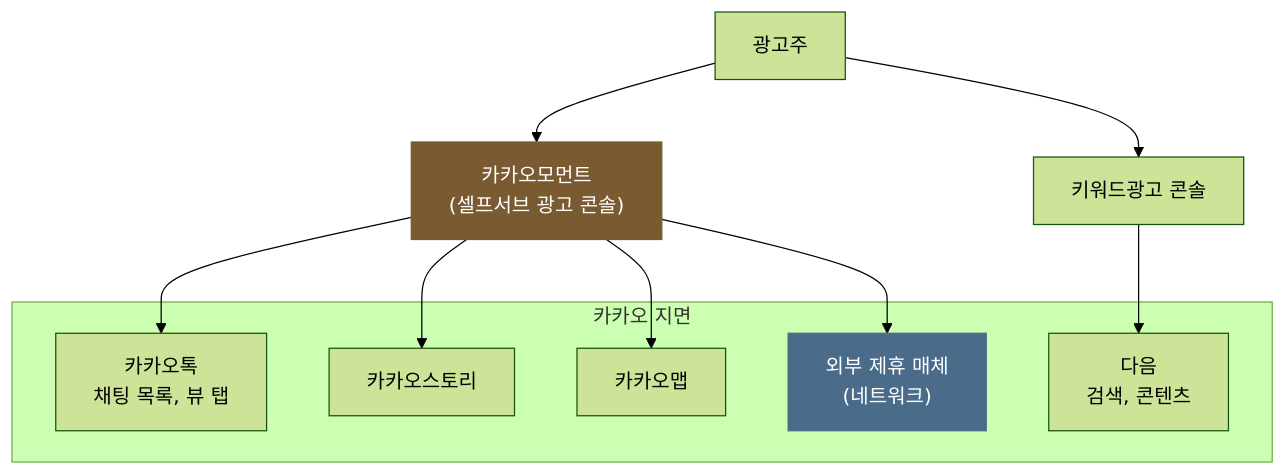
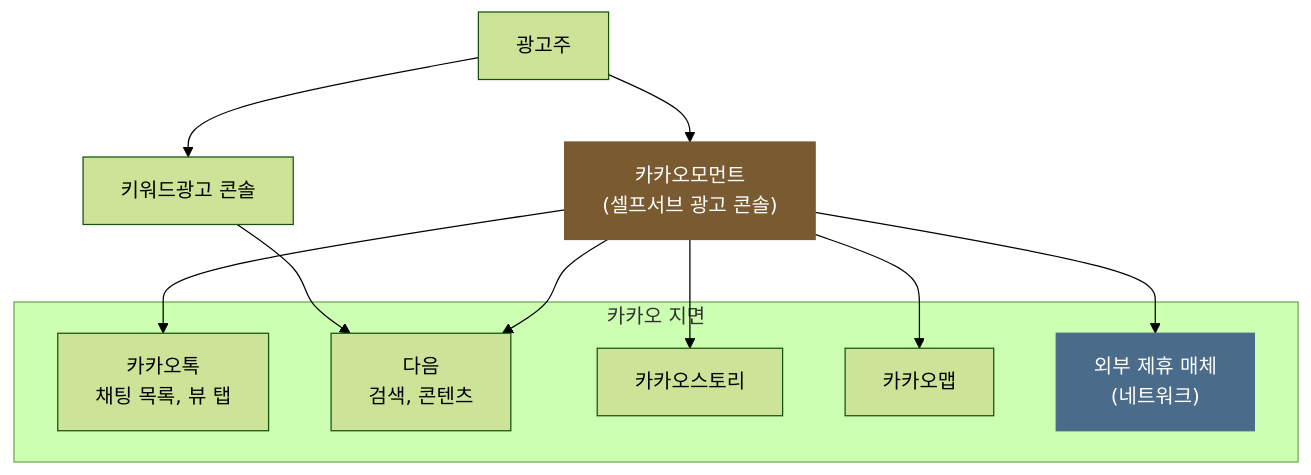
The first of 2 diagrams in posts-easy/kakao-ads-products.md (chkimsu/adtech-blog), drawn with Mermaid (forest theme) before and after one commit. The commit also changed other lines of this file and 2 other files, not shown here.

````diff
--- a/posts-easy/kakao-ads-products.md
+++ b/posts-easy/kakao-ads-products.md
@@ -27,22 +27,23 @@
 ```mermaid
 graph TB
     ADV["광고주"] --> MOMENT["카카오모먼트<br/>(셀프서브 광고 콘솔)"]
     ADV --> KW["키워드광고 콘솔"]
 
     subgraph INV["카카오 지면"]
         TALK["카카오톡<br/>채팅 목록, 뷰 탭"]
         DAUM["다음<br/>검색, 콘텐츠"]
         STORY["카카오스토리"]
         MAP["카카오맵"]
         NET["외부 제휴 매체<br/>(네트워크)"]
     end
 
     MOMENT --> TALK
+    MOMENT --> DAUM
     MOMENT --> STORY
     MOMENT --> MAP
     MOMENT --> NET
     KW --> DAUM
 
     style MOMENT fill:#7a5a30,stroke:#7a5a30,color:#fff
     style NET fill:#4a6b8a,stroke:#4a6b8a,color:#fff
 ```
````
